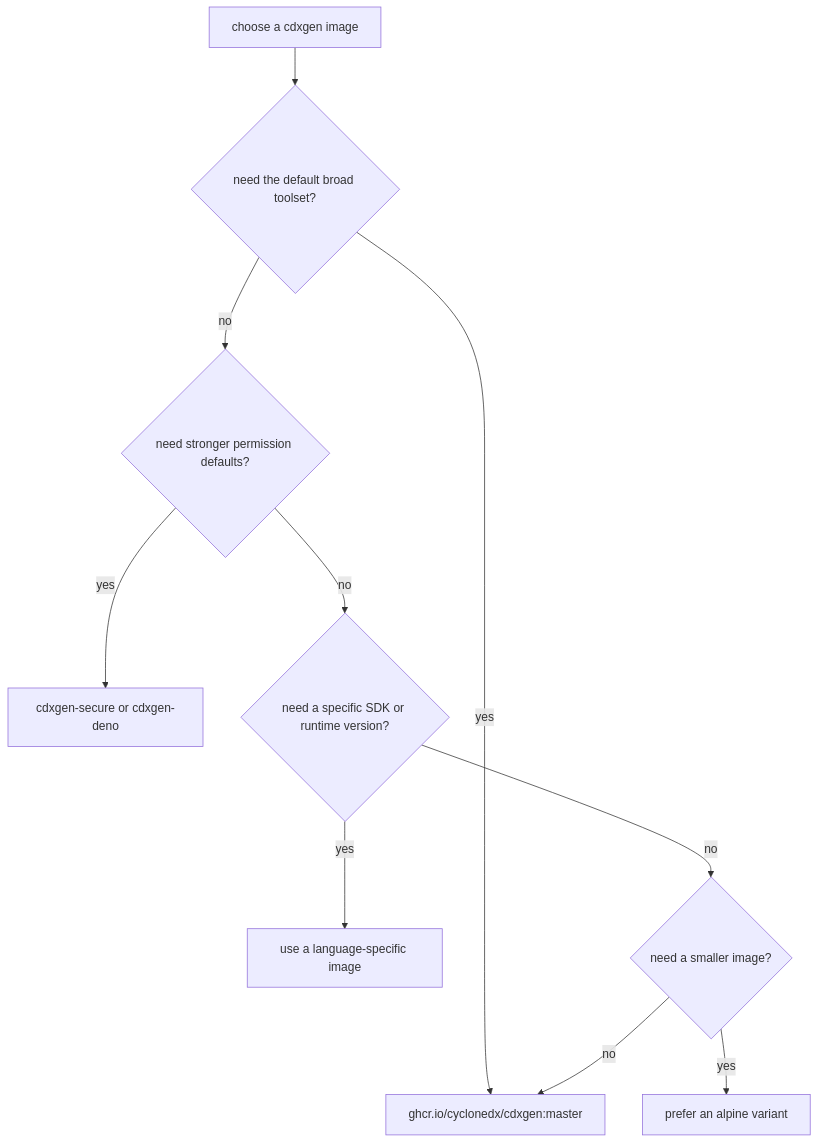
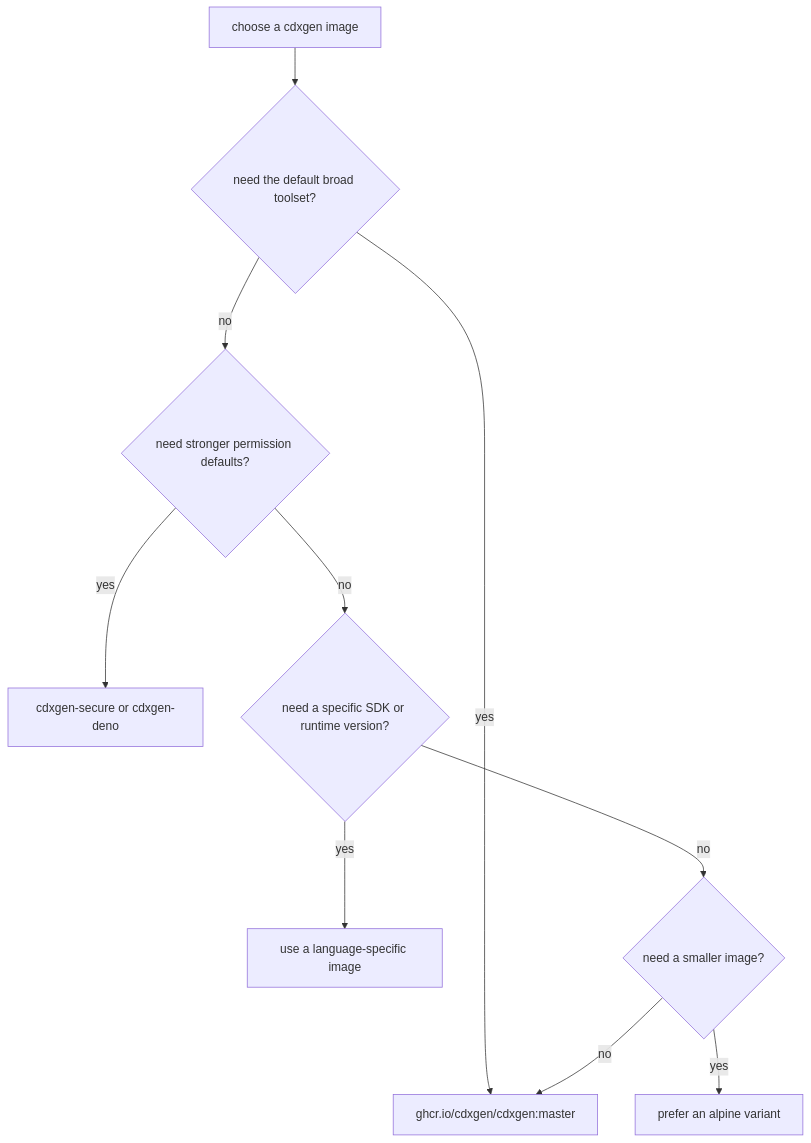
One commit to aryan-rajoria/cdxgen changed the diagram in docs/ADVANCED.md. Above: the diagram before and after it, drawn with Mermaid. The commit also changed other lines of this file and 41 other files, not shown here.

````diff
--- a/docs/ADVANCED.md
+++ b/docs/ADVANCED.md
@@ -939,12 +939,12 @@
 ```mermaid
 flowchart TD
     A[choose a cdxgen image] --> B{need the default broad toolset?}
-    B -->|yes| C[ghcr.io/cyclonedx/cdxgen:master]
+    B -->|yes| C[ghcr.io/cdxgen/cdxgen:master]
     B -->|no| D{need stronger permission defaults?}
     D -->|yes| E[cdxgen-secure or cdxgen-deno]
     D -->|no| F{need a specific SDK or runtime version?}
     F -->|yes| G[use a language-specific image]
     F -->|no| H{need a smaller image?}
     H -->|yes| I[prefer an alpine variant]
     H -->|no| C
 ```
````
